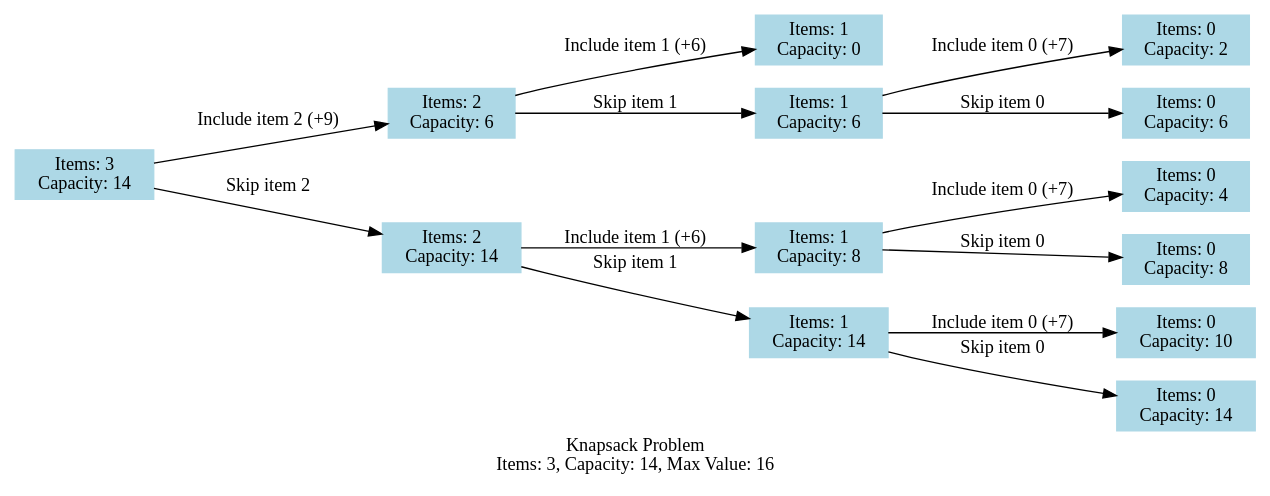
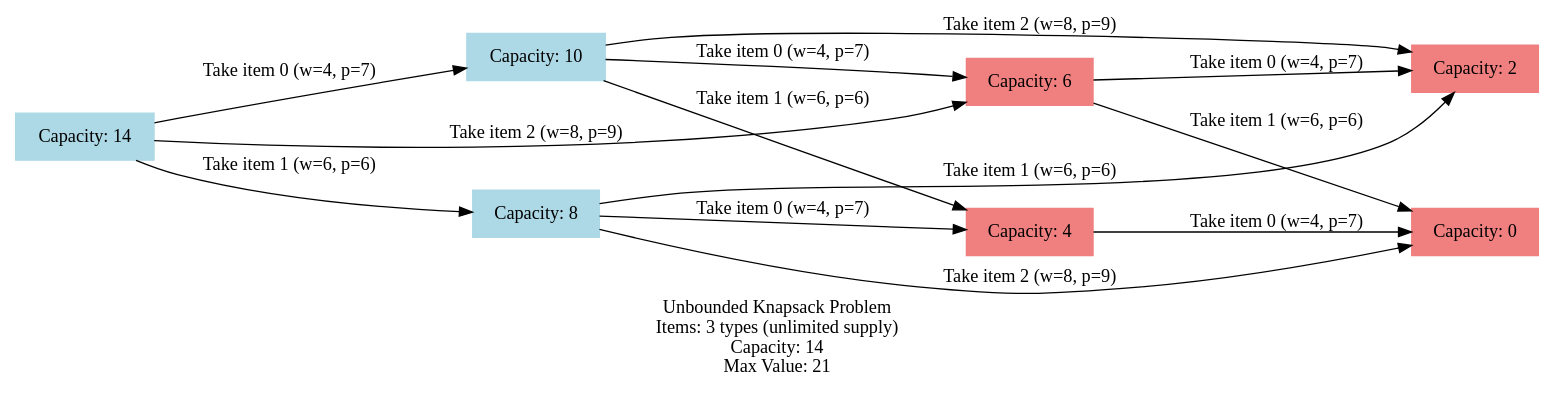
One commit to HangenYuu/SC2001-Lab changed the diagram in Project 3/Digraph.gv. Above: the diagram before and after it, drawn with Graphviz. The commit also changed 2 other files, not shown here.

Commit message:
Changed logic for graph generation

```diff
--- a/Project 3/Digraph.gv
+++ b/Project 3/Digraph.gv
@@ -1,45 +1,32 @@
-// Knapsack Subproblem Graph
+// Unbounded Knapsack Subproblem Graph
 digraph {
 	graph [rankdir=LR]
 	node [color=lightblue shape=box style=filled]
-	"(3,14)" [label="Items: 3
-Capacity: 14"]
-	"(2,6)" [label="Items: 2
-Capacity: 6"]
-	"(3,14)" -> "(2,6)" [label="Include item 2 (+9)"]
-	"(1,0)" [label="Items: 1
-Capacity: 0"]
-	"(2,6)" -> "(1,0)" [label="Include item 1 (+6)"]
-	"(1,6)" [label="Items: 1
-Capacity: 6"]
-	"(2,6)" -> "(1,6)" [label="Skip item 1"]
-	"(0,2)" [label="Items: 0
-Capacity: 2"]
-	"(1,6)" -> "(0,2)" [label="Include item 0 (+7)"]
-	"(0,6)" [label="Items: 0
-Capacity: 6"]
-	"(1,6)" -> "(0,6)" [label="Skip item 0"]
-	"(2,14)" [label="Items: 2
-Capacity: 14"]
-	"(3,14)" -> "(2,14)" [label="Skip item 2"]
-	"(1,8)" [label="Items: 1
-Capacity: 8"]
-	"(2,14)" -> "(1,8)" [label="Include item 1 (+6)"]
-	"(0,4)" [label="Items: 0
-Capacity: 4"]
-	"(1,8)" -> "(0,4)" [label="Include item 0 (+7)"]
-	"(0,8)" [label="Items: 0
-Capacity: 8"]
-	"(1,8)" -> "(0,8)" [label="Skip item 0"]
-	"(1,14)" [label="Items: 1
-Capacity: 14"]
-	"(2,14)" -> "(1,14)" [label="Skip item 1"]
-	"(0,10)" [label="Items: 0
-Capacity: 10"]
-	"(1,14)" -> "(0,10)" [label="Include item 0 (+7)"]
-	"(0,14)" [label="Items: 0
-Capacity: 14"]
-	"(1,14)" -> "(0,14)" [label="Skip item 0"]
-	graph [label="Knapsack Problem
-Items: 3, Capacity: 14, Max Value: 16"]
+	"P(14)" [label="Capacity: 14"]
+	"P(10)" [label="Capacity: 10"]
+	"P(14)" -> "P(10)" [label="Take item 0 (w=4, p=7)"]
+	"P(6)" [label="Capacity: 6"]
+	"P(10)" -> "P(6)" [label="Take item 0 (w=4, p=7)"]
+	"P(2)" [label="Capacity: 2"]
+	"P(6)" -> "P(2)" [label="Take item 0 (w=4, p=7)"]
+	"P(0)" [label="Capacity: 0"]
+	"P(6)" -> "P(0)" [label="Take item 1 (w=6, p=6)"]
+	"P(4)" [label="Capacity: 4"]
+	"P(10)" -> "P(4)" [label="Take item 1 (w=6, p=6)"]
+	"P(4)" -> "P(0)" [label="Take item 0 (w=4, p=7)"]
+	"P(10)" -> "P(2)" [label="Take item 2 (w=8, p=9)"]
+	"P(8)" [label="Capacity: 8"]
+	"P(14)" -> "P(8)" [label="Take item 1 (w=6, p=6)"]
+	"P(8)" -> "P(4)" [label="Take item 0 (w=4, p=7)"]
+	"P(8)" -> "P(2)" [label="Take item 1 (w=6, p=6)"]
+	"P(8)" -> "P(0)" [label="Take item 2 (w=8, p=9)"]
+	"P(14)" -> "P(6)" [label="Take item 2 (w=8, p=9)"]
+	"P(6)" [color=lightcoral tooltip="Visited 2 times"]
+	"P(2)" [color=lightcoral tooltip="Visited 4 times"]
+	"P(0)" [color=lightcoral tooltip="Visited 5 times"]
+	"P(4)" [color=lightcoral tooltip="Visited 2 times"]
+	graph [label="Unbounded Knapsack Problem
+Items: 3 types (unlimited supply)
+Capacity: 14
+Max Value: 21"]
 }
```
